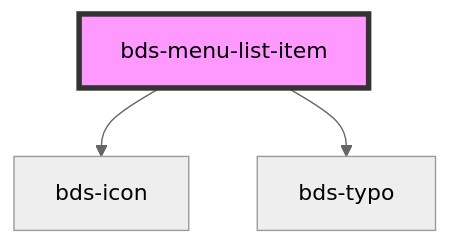
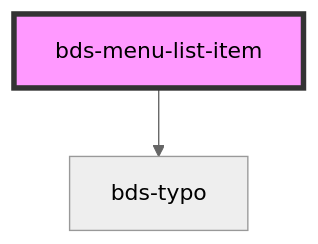
One commit to takenet/blip-ds changed the diagram in src/components/menu-list-item/readme.md. Above: the diagram before and after it, drawn with Mermaid (neutral theme). The commit also changed other lines of this file and 207 other files, not shown here.

````diff
--- a/src/components/menu-list-item/readme.md
+++ b/src/components/menu-list-item/readme.md
@@ -24,6 +23,5 @@
 ```mermaid
 graph TD;
-  bds-menu-list-item --> bds-icon
   bds-menu-list-item --> bds-typo
   style bds-menu-list-item fill:#f9f,stroke:#333,stroke-width:4px
 ```
````
